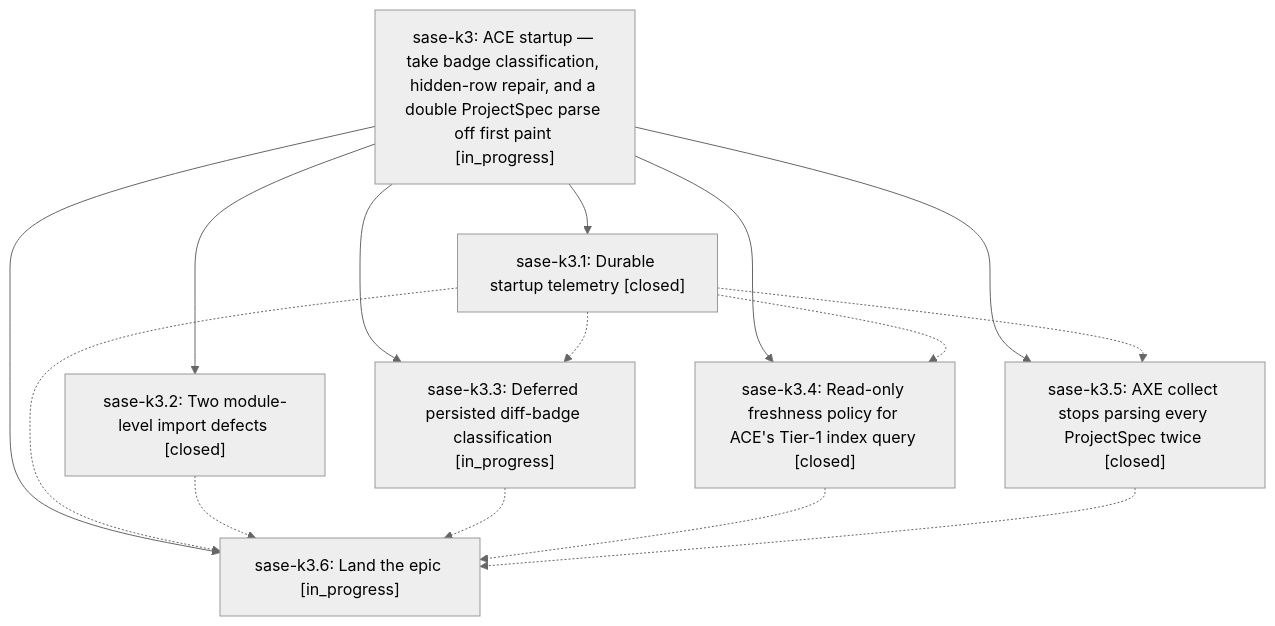
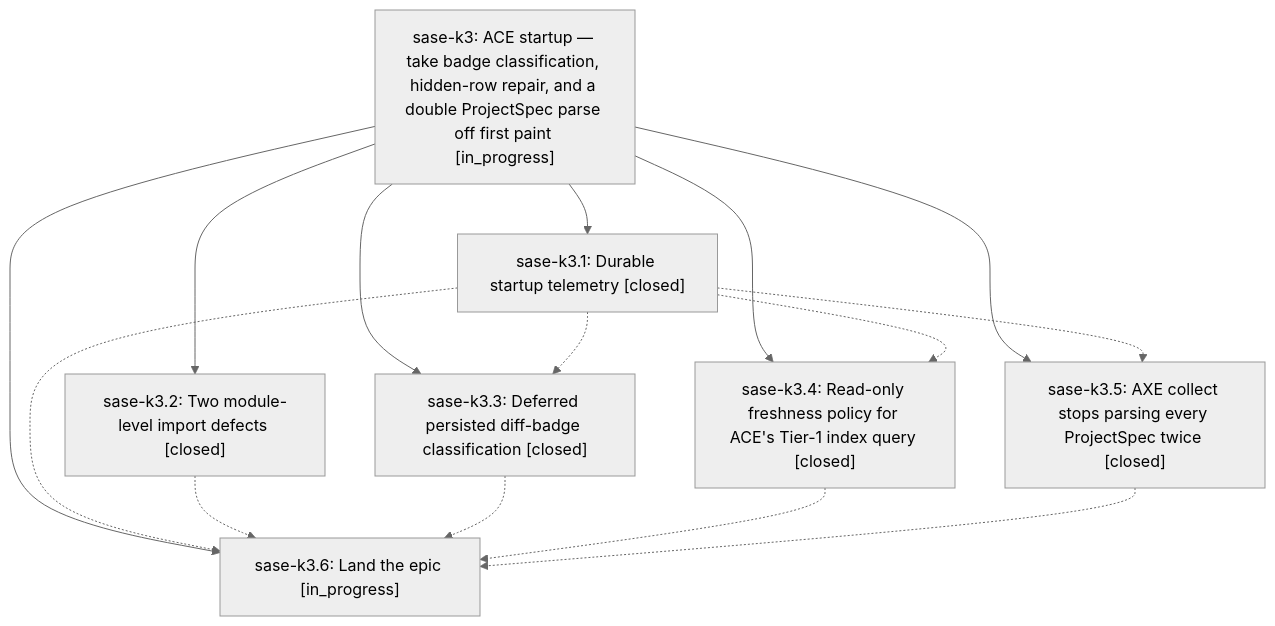
The diagram in pages/sase-k3/README.md (sase-org/sase--beads), drawn with Mermaid (neutral theme) before and after one commit. The commit also changed other lines of this file and 4 other files, not shown here.

````diff
--- a/pages/sase-k3/README.md
+++ b/pages/sase-k3/README.md
@@ -27,24 +27,24 @@
 ```mermaid
 flowchart TD
     n0["sase-k3: ACE startup — take badge classification, hidden-row repair, and a double ProjectSpec parse off first paint [in_progress]"]
     n1["sase-k3.1: Durable startup telemetry [closed]"]
     n2["sase-k3.2: Two module-level import defects [closed]"]
-    n3["sase-k3.3: Deferred persisted diff-badge classification [in_progress]"]
+    n3["sase-k3.3: Deferred persisted diff-badge classification [closed]"]
     n4["sase-k3.4: Read-only freshness policy for ACE's Tier-1 index query [closed]"]
     n5["sase-k3.5: AXE collect stops parsing every ProjectSpec twice [closed]"]
     n6["sase-k3.6: Land the epic [in_progress]"]
     n0 --> n1
     n0 --> n2
     n0 --> n3
     n0 --> n4
     n0 --> n5
     n0 --> n6
     n1 -.-> n3
     n1 -.-> n4
     n1 -.-> n5
     n1 -.-> n6
     n2 -.-> n6
     n3 -.-> n6
     n4 -.-> n6
     n5 -.-> n6
 ```
````
